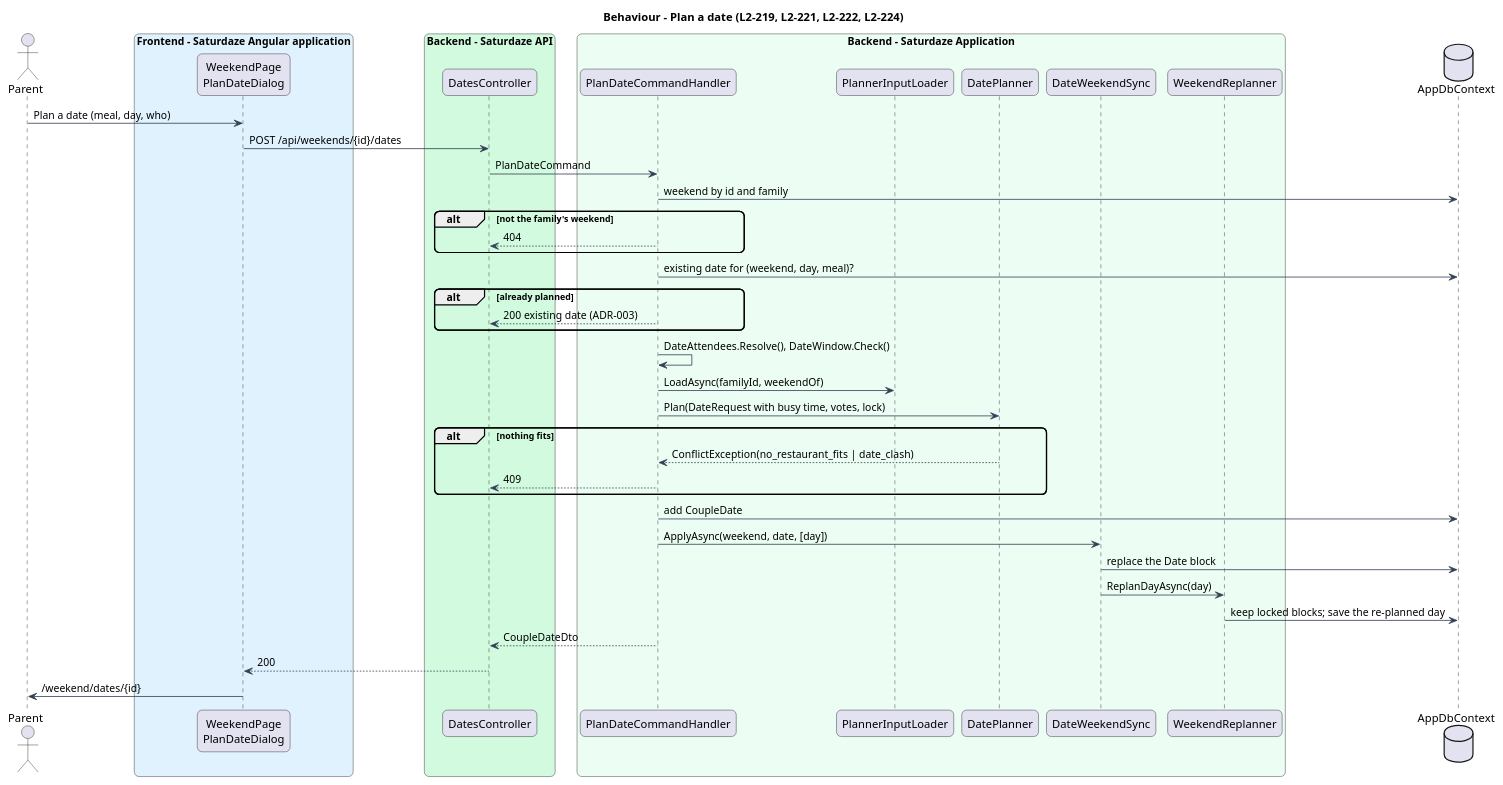
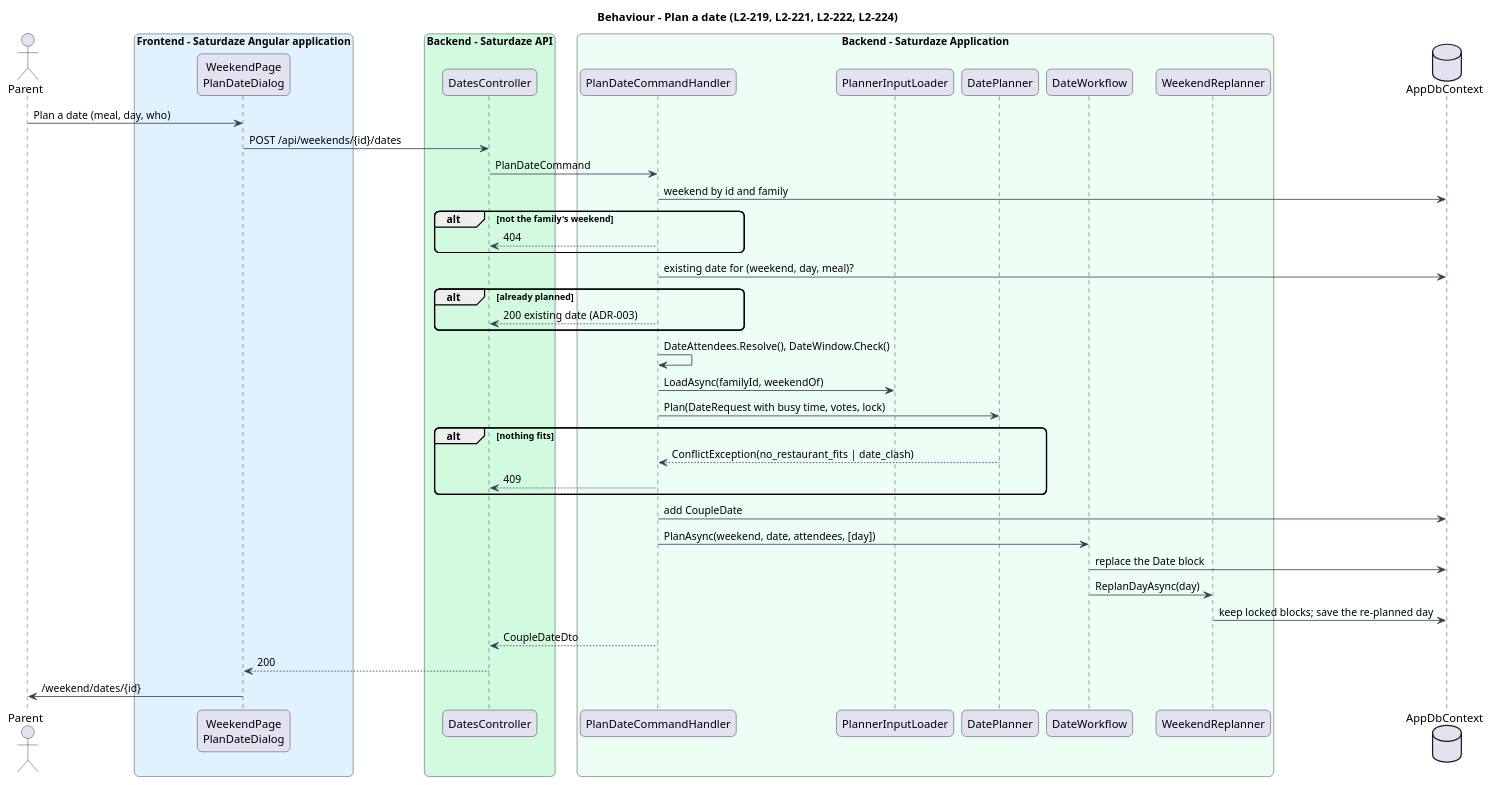
Before and after one commit to QuinntyneBrown/saturdaze: the diagram in docs/detailed-designs/weekend-planning/plan-a-couples-date/diagrams/sequence-plan-date.puml, drawn with PlantUML. The commit also changed 10 other files, not shown here.

```diff
--- a/docs/detailed-designs/weekend-planning/plan-a-couples-date/diagrams/sequence-plan-date.puml
+++ b/docs/detailed-designs/weekend-planning/plan-a-couples-date/diagrams/sequence-plan-date.puml
@@ -1,49 +1,49 @@
 @startuml
 title Behaviour - Plan a date (L2-219, L2-221, L2-222, L2-224)
 skinparam backgroundColor #FFFFFF
 skinparam shadowing false
 skinparam roundcorner 12
 skinparam defaultFontName Arial
 skinparam ArrowColor #344054
 actor "Parent" as actor
 box "Frontend - Saturdaze Angular application" #E0F2FE
  participant "WeekendPage\nPlanDateDialog" as page
 end box
 box "Backend - Saturdaze API" #D1FADF
  participant "DatesController" as controller
 end box
 box "Backend - Saturdaze Application" #ECFDF3
  participant "PlanDateCommandHandler" as handler
  participant "PlannerInputLoader" as loader
  participant "DatePlanner" as planner
- participant "DateWeekendSync" as sync
+ participant "DateWorkflow" as sync
  participant "WeekendReplanner" as replanner
 end box
 database "AppDbContext" as db
 actor -> page : Plan a date (meal, day, who)
 page -> controller : POST /api/weekends/{id}/dates
 controller -> handler : PlanDateCommand
 handler -> db : weekend by id and family
 alt not the family's weekend
   handler --> controller : 404
 end
 handler -> db : existing date for (weekend, day, meal)?
 alt already planned
   handler --> controller : 200 existing date (ADR-003)
 end
 handler -> handler : DateAttendees.Resolve(), DateWindow.Check()
 handler -> loader : LoadAsync(familyId, weekendOf)
 handler -> planner : Plan(DateRequest with busy time, votes, lock)
 alt nothing fits
   planner --> handler : ConflictException(no_restaurant_fits | date_clash)
   handler --> controller : 409
 end
 handler -> db : add CoupleDate
-handler -> sync : ApplyAsync(weekend, date, [day])
+handler -> sync : PlanAsync(weekend, date, attendees, [day])
 sync -> db : replace the Date block
 sync -> replanner : ReplanDayAsync(day)
 replanner -> db : keep locked blocks; save the re-planned day
 handler --> controller : CoupleDateDto
 controller --> page : 200
 page -> actor : /weekend/dates/{id}
 @enduml
```
